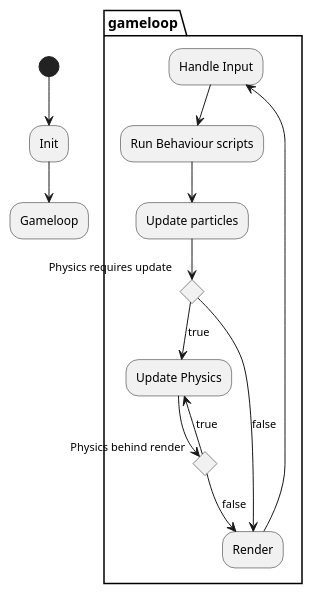
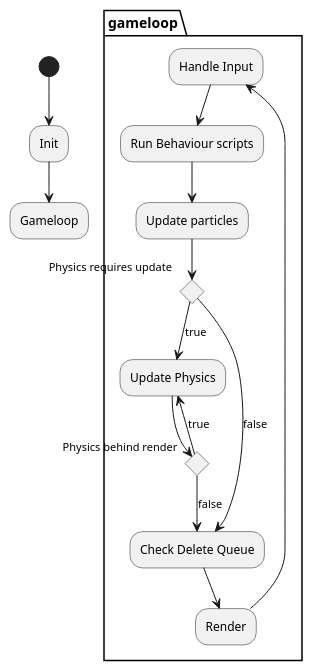
One commit to Seger01/GameEngine changed the diagram in docs/Diagrams/activity.puml. Above: the diagram before and after it, drawn with PlantUML. The commit also changed 1 other file, not shown here.

Commit message:
Diagram update

```diff
--- a/docs/Diagrams/activity.puml
+++ b/docs/Diagrams/activity.puml
@@ -1,21 +1,22 @@
 @startuml
 (*) --> "Init"
 "Init" --> "Gameloop"
 
 partition "gameloop" {
     "Handle Input" --> "Run Behaviour scripts"
     "Run Behaviour scripts" --> "Update particles"
     if "Physics requires update"
     --> [true] "Update Physics"
             if "Physics behind render" then
         --> [true] "Update Physics"
         else
-        --> [false] "Render"
+        --> [false] "Check Delete Queue"
         endif
     else
-    --> [false] "Render"
+    --> [false] "Check Delete Queue"
     endif
+    "Check Delete Queue" --> "Render" 
     "Render" --> "Handle Input"
 
 }
 @enduml
```
